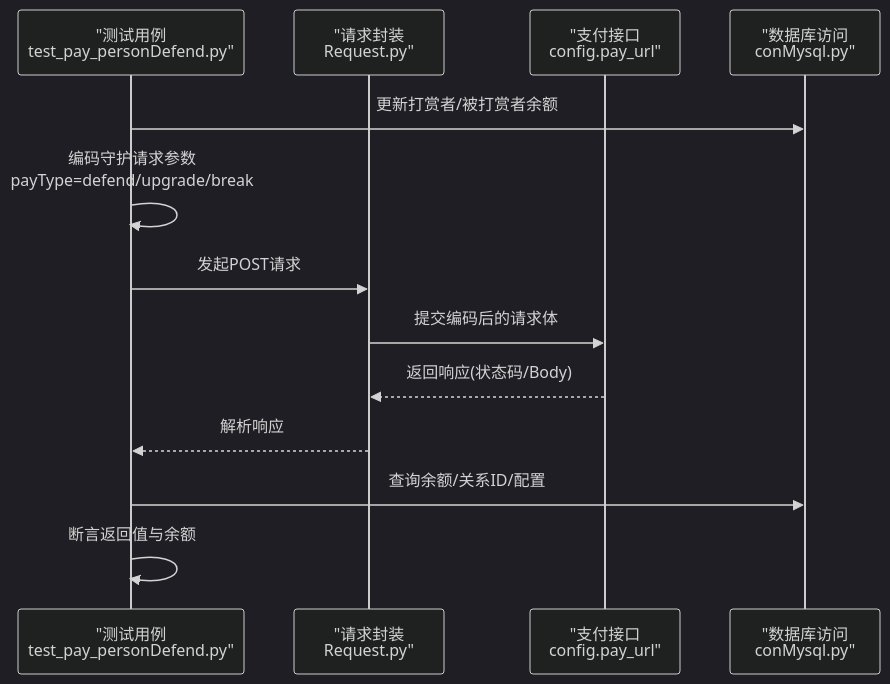
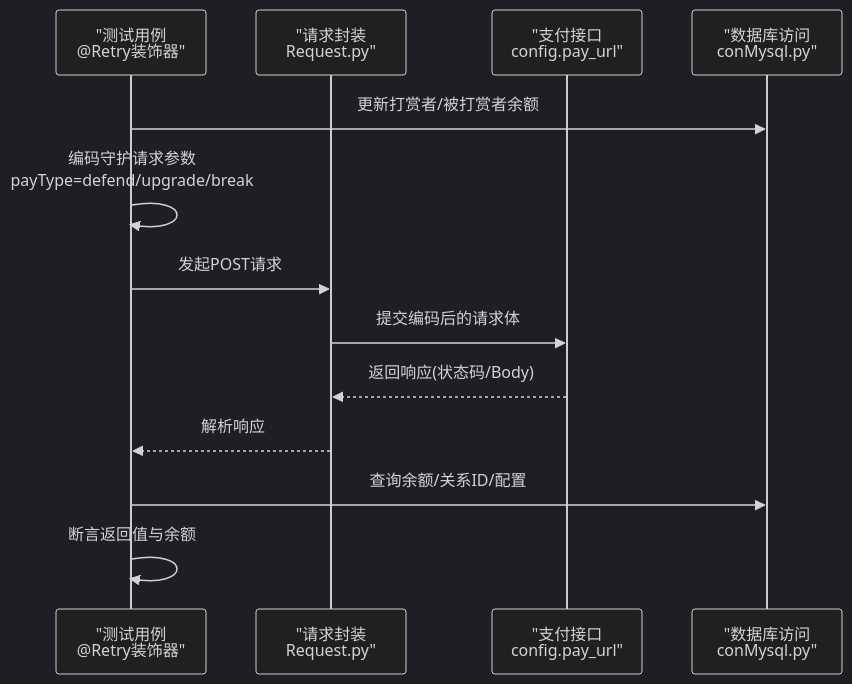
One commit to liximing1-ola/qa-payTest changed the second of 7 diagrams in .qoder/repowiki/zh/content/支付测试用例/房间支付测试/个人守护支付测试.md. Above: the diagram before and after it, drawn with Mermaid (dark theme). The commit also changed other lines of this file and 103 other files, not shown here.

````diff
--- a/.qoder/repowiki/zh/content/支付测试用例/房间支付测试/个人守护支付测试.md
+++ b/.qoder/repowiki/zh/content/支付测试用例/房间支付测试/个人守护支付测试.md
@@ -86,15 +97,15 @@
 ```mermaid
 sequenceDiagram
-participant T as "测试用例<br/>test_pay_personDefend.py"
+participant T as "测试用例<br/>@Retry装饰器"
 participant R as "请求封装<br/>Request.py"
 participant P as "支付接口<br/>config.pay_url"
 participant DB as "数据库访问<br/>conMysql.py"
 T->>DB : 更新打赏者/被打赏者余额
 T->>T : 编码守护请求参数<br/>payType=defend/upgrade/break
 T->>R : 发起POST请求
 R->>P : 提交编码后的请求体
 P-->>R : 返回响应(状态码/Body)
 R-->>T : 解析响应
 T->>DB : 查询余额/关系ID/配置
 T->>T : 断言返回值与余额
 ```
````
